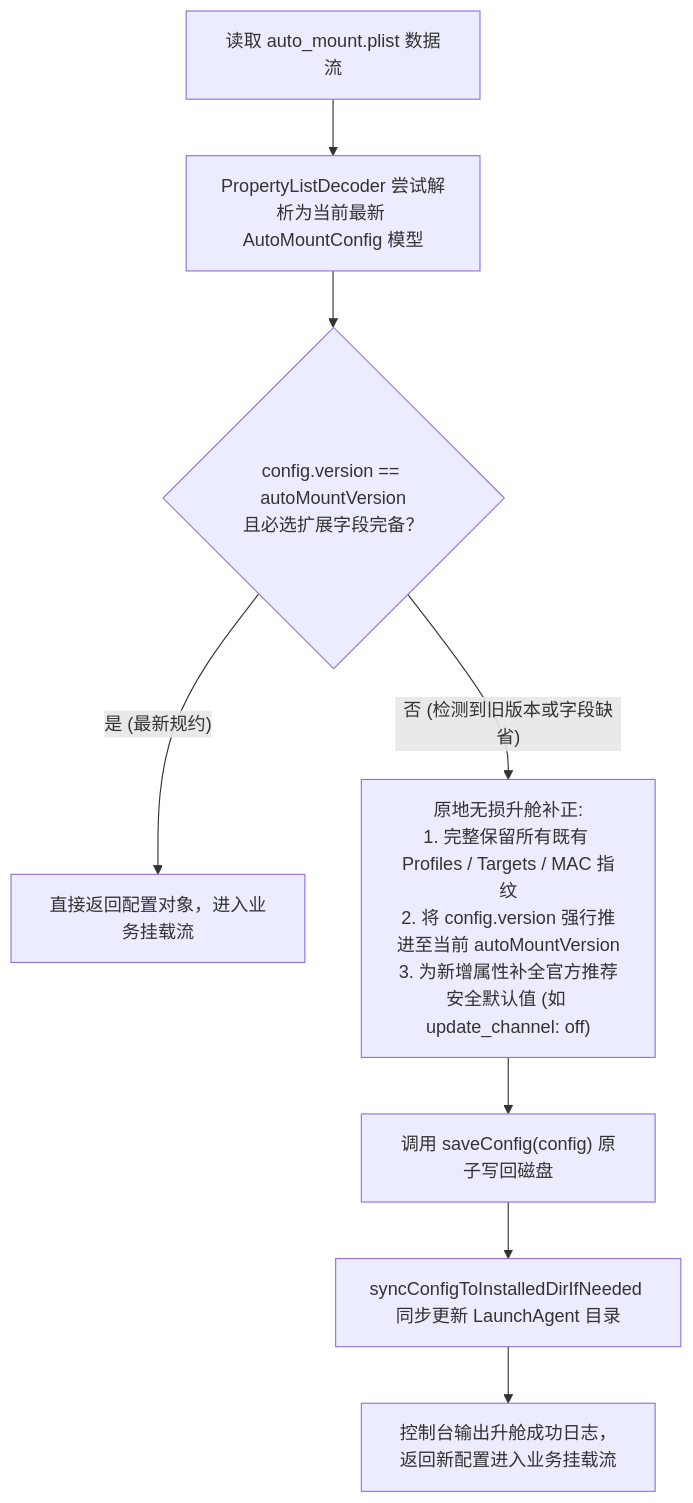
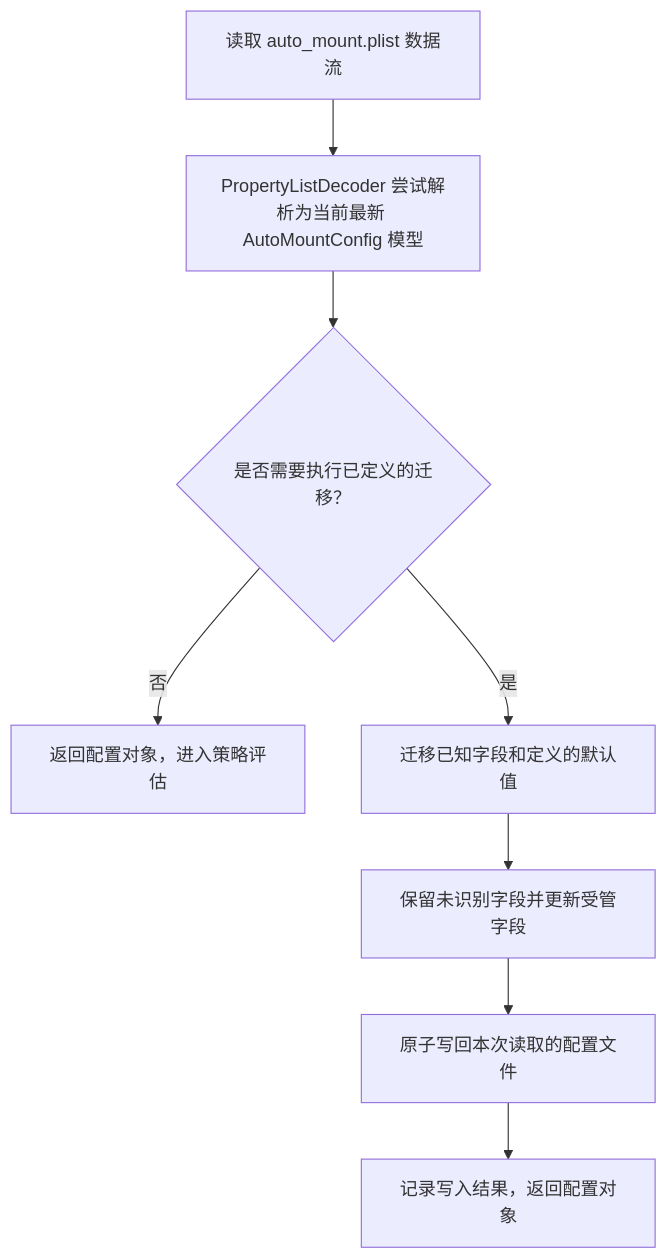
Before and after one commit to jiezhengj/automnt: the third of 3 diagrams in ARCHITECTURE.zh.md, drawn with Mermaid. The commit also changed other lines of this file and 74 other files, not shown here.

````diff
--- a/ARCHITECTURE.zh.md
+++ b/ARCHITECTURE.zh.md
@@ -376,13 +265,13 @@
 ```mermaid
 flowchart TD
     LoadPlist["读取 auto_mount.plist 数据流"] --> Decode["PropertyListDecoder 尝试解析为当前最新 AutoMountConfig 模型"]
-    Decode --> CheckVersion{"config.version == autoMountVersion\n且必选扩展字段完备？"}
+    Decode --> CheckVersion{"是否需要执行已定义的迁移？"}
     
-    CheckVersion -- "是 (最新规约)" --> FastReturn["直接返回配置对象，进入业务挂载流"]
+    CheckVersion -- "否" --> FastReturn["返回配置对象，进入策略评估"]
     
-    CheckVersion -- "否 (检测到旧版本或字段缺省)" --> SchemaUpgrade["原地无损升舱补正:\n1. 完整保留所有既有 Profiles / Targets / MAC 指纹\n2. 将 config.version 强行推进至当前 autoMountVersion\n3. 为新增属性补全官方推荐安全默认值 (如 update_channel: off)"]
+    CheckVersion -- "是" --> SchemaUpgrade["迁移已知字段和定义的默认值"]
     
-    SchemaUpgrade --> AtomicSave["调用 saveConfig(config) 原子写回磁盘"]
-    AtomicSave --> SyncRuntime["syncConfigToInstalledDirIfNeeded 同步更新 LaunchAgent 目录"]
-    SyncRuntime --> LogAudit["控制台输出升舱成功日志，返回新配置进入业务挂载流"]
+    SchemaUpgrade --> Preserve["保留未识别字段并更新受管字段"]
+    Preserve --> AtomicSave["原子写回本次读取的配置文件"]
+    AtomicSave --> LogAudit["记录写入结果，返回配置对象"]
 ```
````
